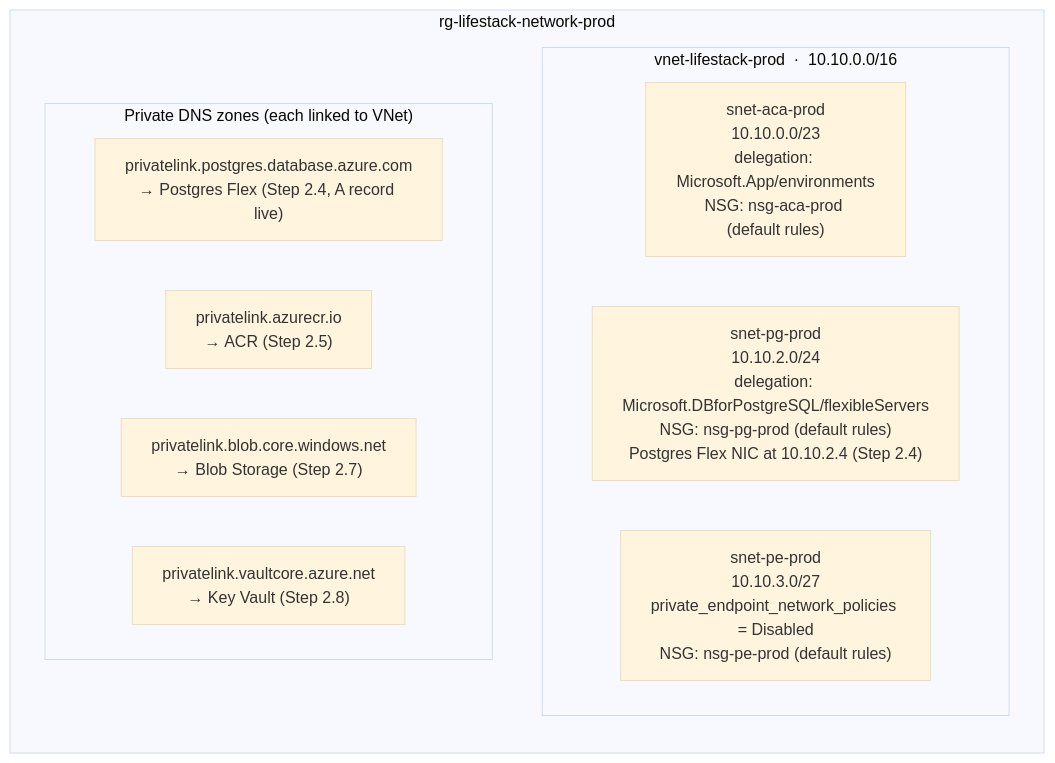
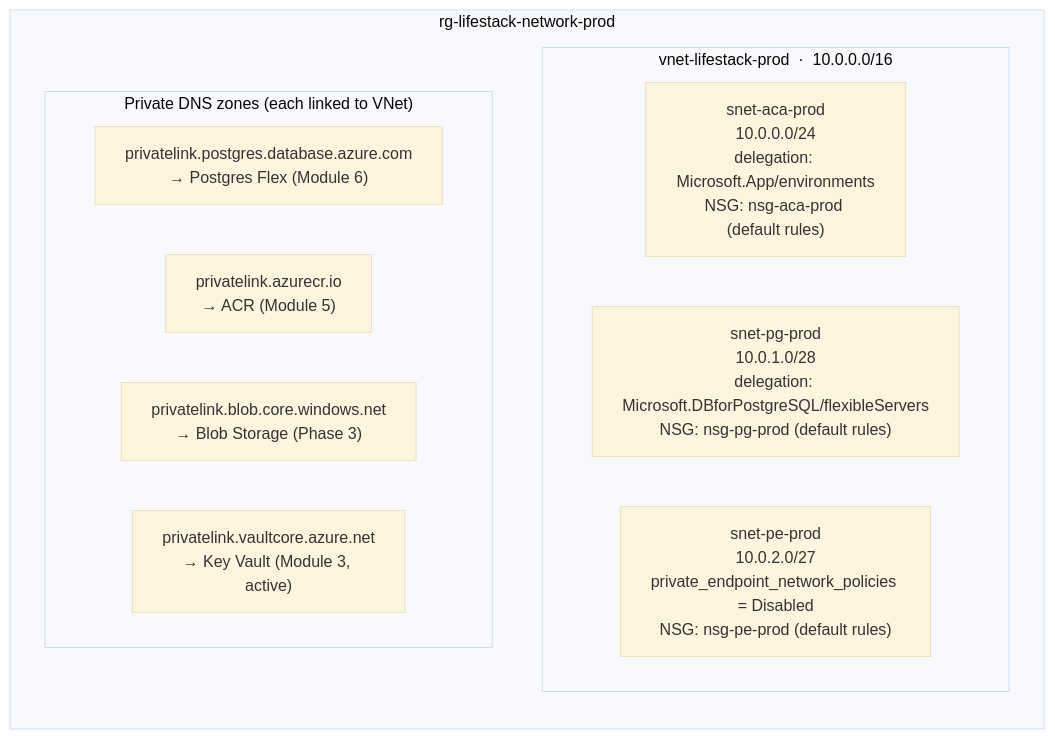
Before and after one commit to bkylee/lifestack: the third of 3 diagrams in docs/architecture.md, drawn with Mermaid (base theme). The commit also changed other lines of this file and 1 other file, not shown here.

First line of the commit message:
docs: reconcile CIDR ground truth (10.0.0.0/16) across architecture + CLAUDE.md

````diff
--- a/docs/architecture.md
+++ b/docs/architecture.md
@@ -262,19 +257,19 @@
 ```mermaid
 flowchart TB
   subgraph NetRG["rg-lifestack-network-prod"]
     direction TB
-    subgraph VNet["vnet-lifestack-prod &nbsp;·&nbsp; 10.10.0.0/16"]
+    subgraph VNet["vnet-lifestack-prod &nbsp;·&nbsp; 10.0.0.0/16"]
       direction LR
-      Aca["snet-aca-prod<br/>10.10.0.0/23<br/>delegation: Microsoft.App/environments<br/>NSG: nsg-aca-prod (default rules)"]
-      Pg["snet-pg-prod<br/>10.10.2.0/24<br/>delegation: Microsoft.DBforPostgreSQL/flexibleServers<br/>NSG: nsg-pg-prod (default rules)<br/>Postgres Flex NIC at 10.10.2.4 (Step 2.4)"]
-      Pe["snet-pe-prod<br/>10.10.3.0/27<br/>private_endpoint_network_policies = Disabled<br/>NSG: nsg-pe-prod (default rules)"]
+      Aca["snet-aca-prod<br/>10.0.0.0/24<br/>delegation: Microsoft.App/environments<br/>NSG: nsg-aca-prod (default rules)"]
+      Pg["snet-pg-prod<br/>10.0.1.0/28<br/>delegation: Microsoft.DBforPostgreSQL/flexibleServers<br/>NSG: nsg-pg-prod (default rules)"]
+      Pe["snet-pe-prod<br/>10.0.2.0/27<br/>private_endpoint_network_policies = Disabled<br/>NSG: nsg-pe-prod (default rules)"]
     end
 
     subgraph DNS["Private DNS zones (each linked to VNet)"]
-      Z1["privatelink.postgres.database.azure.com<br/>→ Postgres Flex (Step 2.4, A record live)"]
-      Z2["privatelink.azurecr.io<br/>→ ACR (Step 2.5)"]
-      Z3["privatelink.blob.core.windows.net<br/>→ Blob Storage (Step 2.7)"]
-      Z4["privatelink.vaultcore.azure.net<br/>→ Key Vault (Step 2.8)"]
+      Z1["privatelink.postgres.database.azure.com<br/>→ Postgres Flex (Module 6)"]
+      Z2["privatelink.azurecr.io<br/>→ ACR (Module 5)"]
+      Z3["privatelink.blob.core.windows.net<br/>→ Blob Storage (Phase 3)"]
+      Z4["privatelink.vaultcore.azure.net<br/>→ Key Vault (Module 3, active)"]
     end
   end
 ```
````
